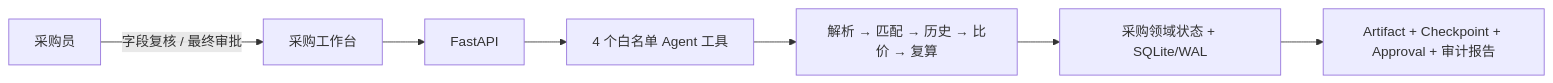
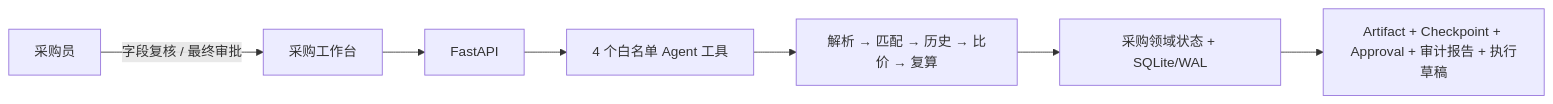
Before and after one commit to zxl666ab-sketch/agentharness: the diagram in README.md, drawn with Mermaid. The commit also changed other lines of this file and 46 other files, not shown here.

````diff
--- a/README.md
+++ b/README.md
@@ -16,8 +16,8 @@
 ```mermaid
 flowchart LR
     Web["采购工作台"] --> API["FastAPI"] --> Agent["4 个白名单 Agent 工具"]
     Agent --> Pipeline["解析 → 匹配 → 历史 → 比价 → 复算"]
     Pipeline --> Domain["采购领域状态 + SQLite/WAL"]
-    Domain --> Evidence["Artifact + Checkpoint + Approval + 审计报告"]
+    Domain --> Evidence["Artifact + Checkpoint + Approval + 审计报告 + 执行草稿"]
     Buyer["采购员"] -->|"字段复核 / 最终审批"| Web
 ```
````
